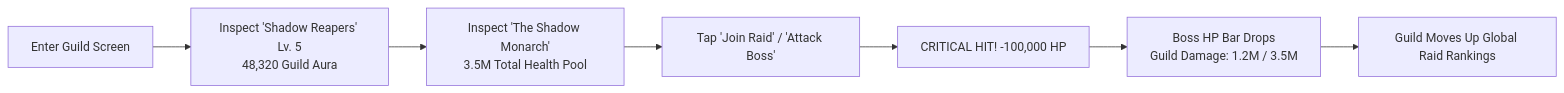
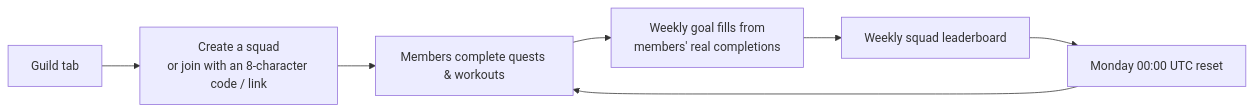
One commit to drdhavaltrivedi/aurafit changed the fourth of 4 diagrams in README.md. Above: the diagram before and after it, drawn with Mermaid. The commit also changed other lines of this file, not shown here.

Commit message:
README: feature status, squads loop, release status and roadmap; current versions, test counts and deploy steps

````diff
--- a/README.md
+++ b/README.md
@@ -141,9 +161,9 @@
 ```mermaid
 flowchart LR
-    GuildTab[Enter Guild Screen] --> ViewGuild[Inspect 'Shadow Reapers' Lv. 5<br/>48,320 Guild Aura]
-    ViewGuild --> BossCard[Inspect 'The Shadow Monarch'<br/>3.5M Total Health Pool]
-    BossCard --> Strike[Tap 'Join Raid' / 'Attack Boss']
-    Strike --> RollCrit[CRITICAL HIT! -100,000 HP]
-    RollCrit --> BossHPDrops[Boss HP Bar Drops<br/>Guild Damage: 1.2M / 3.5M]
-    BossHPDrops --> GuildLeaderboard[Guild Moves Up Global Raid Rankings]
+    Guild[Guild tab] --> Create[Create a squad<br/>or join with an 8-character code / link]
+    Create --> Train[Members complete quests & workouts]
+    Train --> Goal[Weekly goal fills from<br/>members' real completions]
+    Goal --> Board[Weekly squad leaderboard]
+    Board --> Reset[Monday 00:00 UTC reset]
+    Reset --> Train
 ```
````
